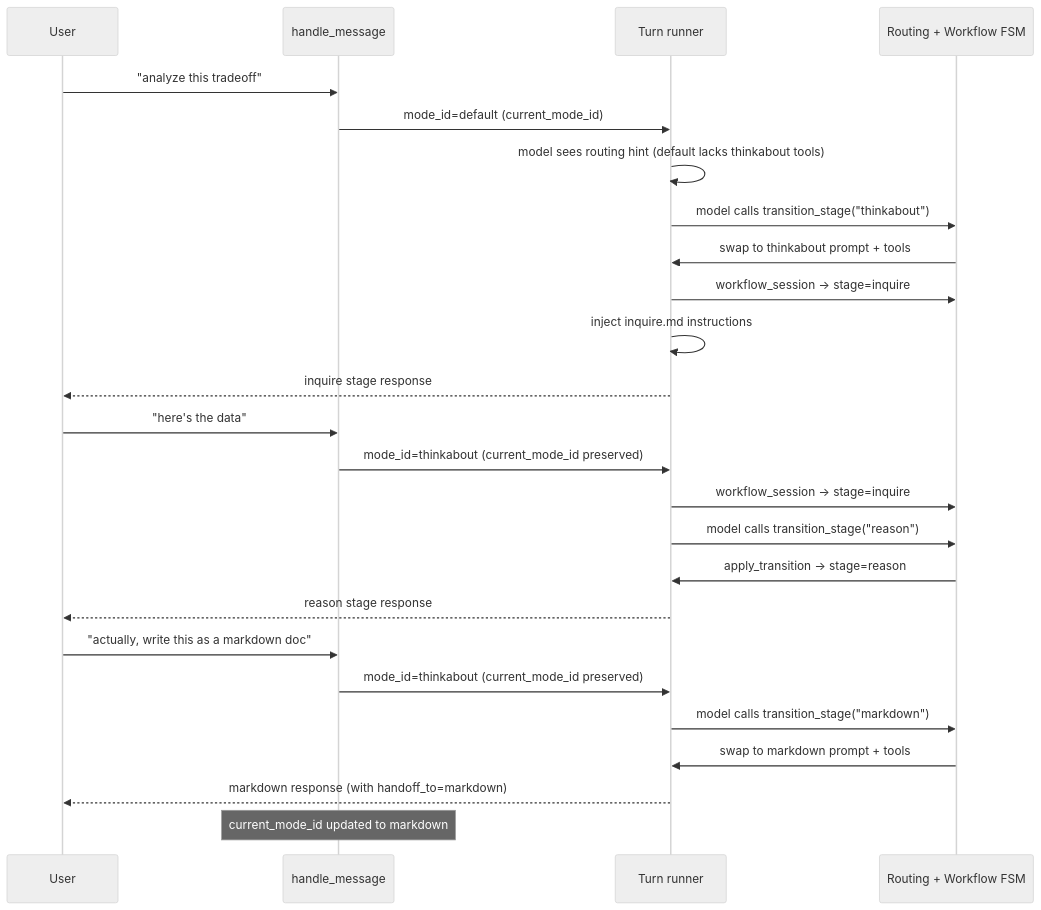
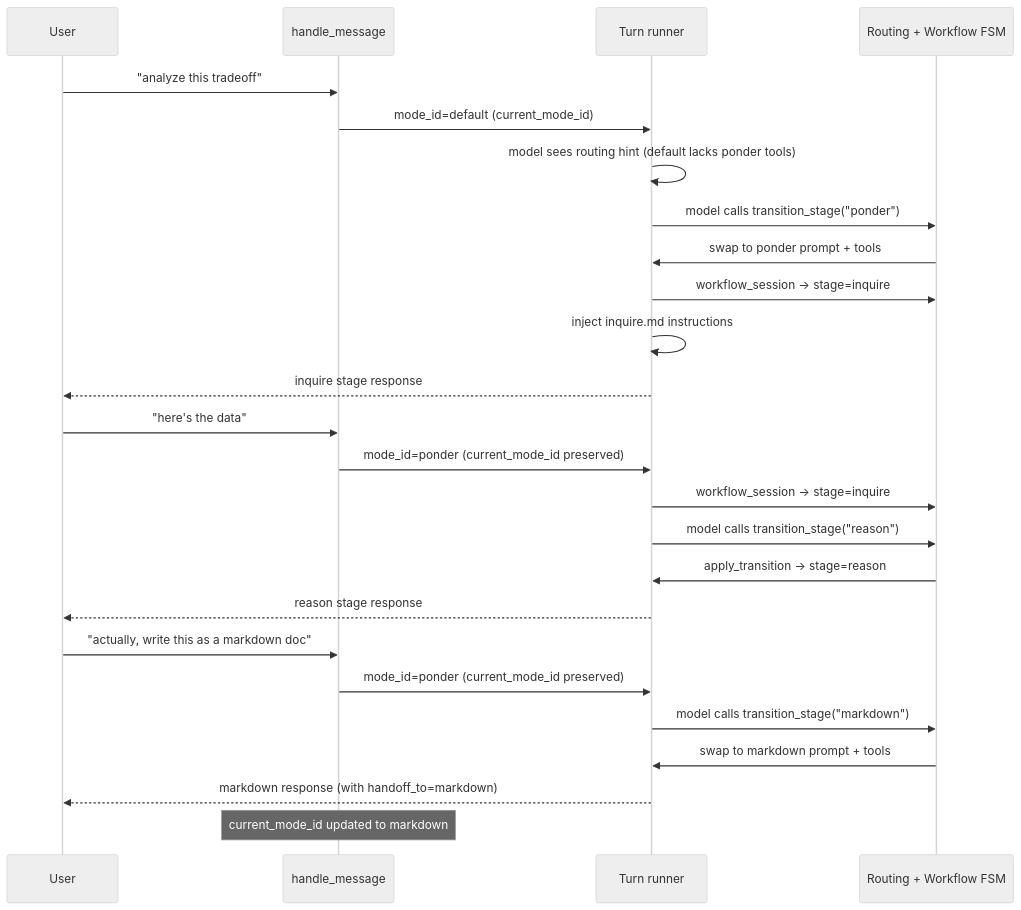
Before and after one commit to Lisa-Harness/lisa: the third of 3 diagrams in docs/ROUTER_DESIGN.md, drawn with Mermaid (neutral theme). The commit also changed other lines of this file and 20 other files, not shown here.

First line of the commit message:
rename(thinkabout): rename thinkabout mode to ponder

````diff
--- a/docs/ROUTER_DESIGN.md
+++ b/docs/ROUTER_DESIGN.md
@@ -411,30 +411,30 @@
 ```mermaid
 sequenceDiagram
     participant U as User
     participant HM as handle_message
     participant TR as Turn runner
     participant FSM as Routing + Workflow FSM
 
     U->>HM: "analyze this tradeoff"
     HM->>TR: mode_id=default (current_mode_id)
-    TR->>TR: model sees routing hint (default lacks thinkabout tools)
-    TR->>FSM: model calls transition_stage("thinkabout")
-    FSM->>TR: swap to thinkabout prompt + tools
+    TR->>TR: model sees routing hint (default lacks ponder tools)
+    TR->>FSM: model calls transition_stage("ponder")
+    FSM->>TR: swap to ponder prompt + tools
     TR->>FSM: workflow_session → stage=inquire
     TR->>TR: inject inquire.md instructions
     TR-->>U: inquire stage response
 
     U->>HM: "here's the data"
-    HM->>TR: mode_id=thinkabout (current_mode_id preserved)
+    HM->>TR: mode_id=ponder (current_mode_id preserved)
     TR->>FSM: workflow_session → stage=inquire
     TR->>FSM: model calls transition_stage("reason")
     FSM->>TR: apply_transition → stage=reason
     TR-->>U: reason stage response
 
     U->>HM: "actually, write this as a markdown doc"
-    HM->>TR: mode_id=thinkabout (current_mode_id preserved)
+    HM->>TR: mode_id=ponder (current_mode_id preserved)
     TR->>FSM: model calls transition_stage("markdown")
     FSM->>TR: swap to markdown prompt + tools
     TR-->>U: markdown response (with handoff_to=markdown)
     Note over HM: current_mode_id updated to markdown
 ```
````
